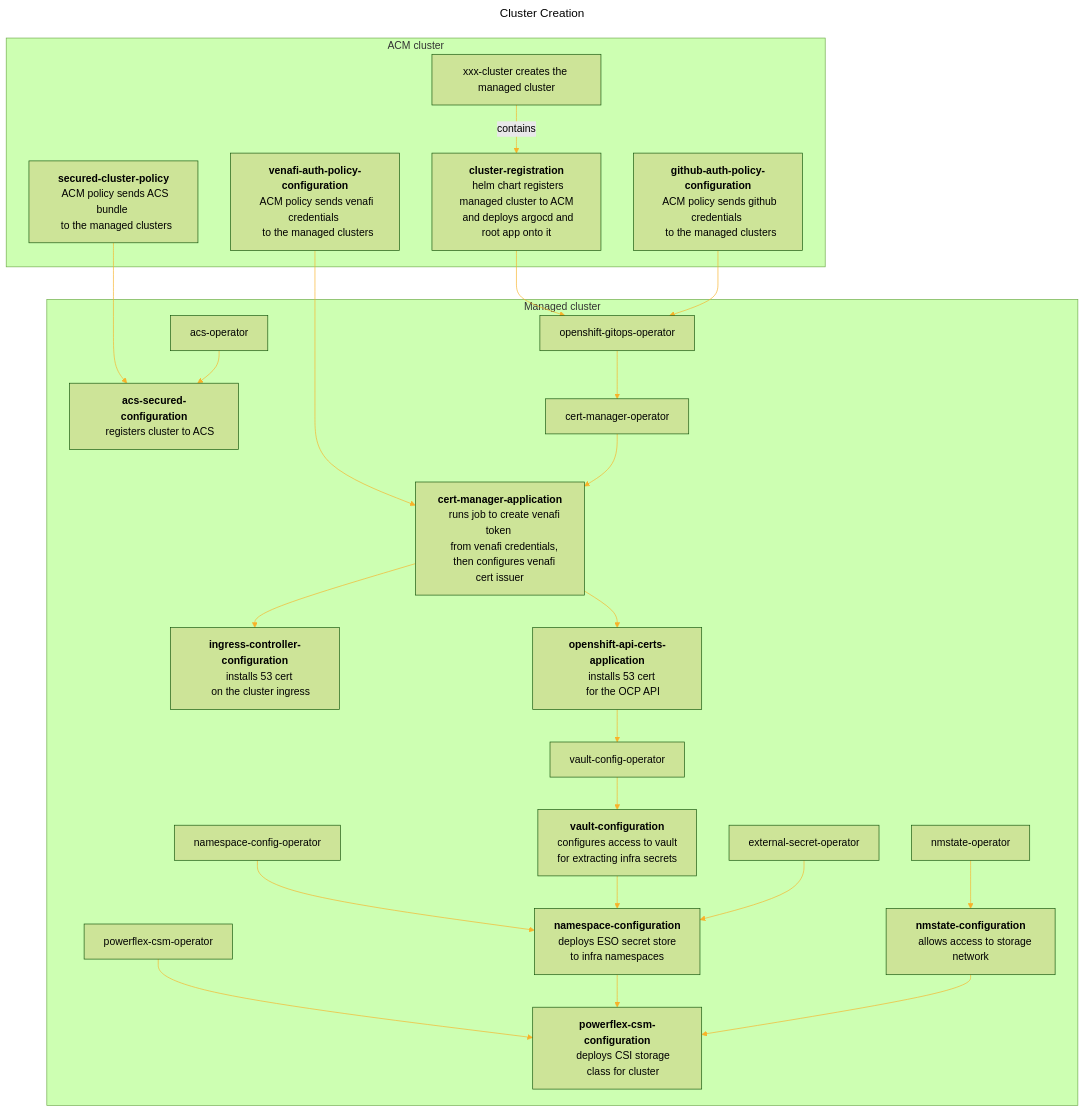
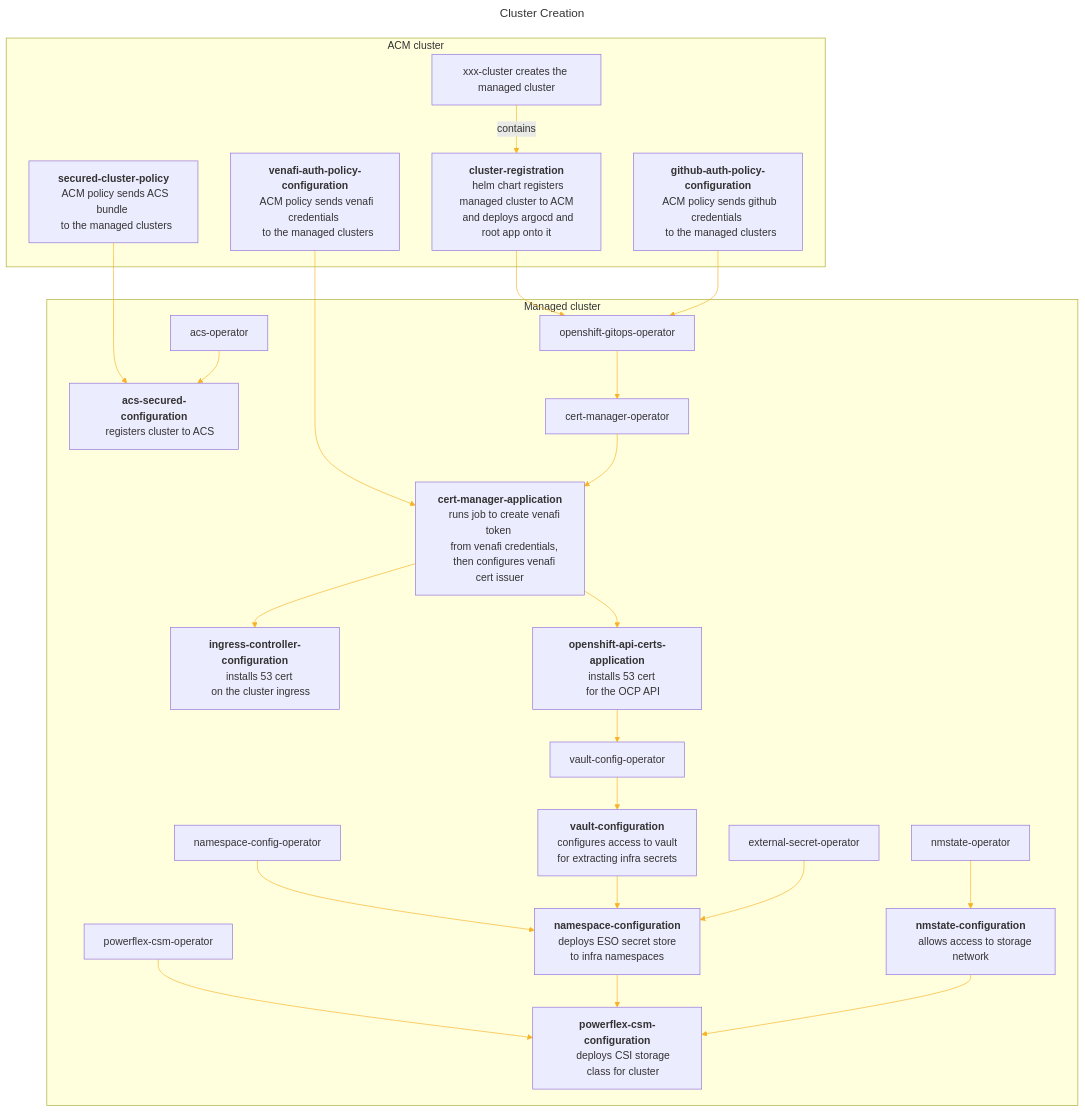
Before and after one commit to mmwillingham/acm: the diagram in test-mermaid/test-mermaid.build.md, drawn with Mermaid.

````diff
--- a/test-mermaid/test-mermaid.build.md
+++ b/test-mermaid/test-mermaid.build.md
@@ -2,68 +2,68 @@
 ```mermaid
 ---
 title: Cluster Creation
 ---
 %%{
   init: {
-    'theme': 'forest',
+    'theme': 'default',
     'themeVariables': {
       'primaryColor': '#BB2528',
       'primaryTextColor': '#fff',
       'primaryBorderColor': '#7C0000',
       'lineColor': '#F8B229',
       'secondaryColor': '#006100',
       'tertiaryColor': '#fff'
     }
   }
 }%%
 flowchart TD
 venafi-auth-policy-configuration --> cert-manager-application
 cluster-registration --> openshift-gitops-operator
 github-auth-policy-configuration --> openshift-gitops-operator
 secured-cluster-policy --> acs-secured-configuration
 subgraph ACM cluster
 xxx-cluster["xxx-cluster creates the managed cluster"] -- contains --> cluster-registration["<b>cluster-registration</b>
   helm chart registers managed cluster to ACM
   and deploys argocd and root app onto it"]
 venafi-auth-policy-configuration["<b>venafi-auth-policy-configuration</b>
   ACM policy sends venafi credentials 
   to the managed clusters"]
 github-auth-policy-configuration["<b>github-auth-policy-configuration</b>
   ACM policy sends github credentials 
   to the managed clusters"]
 secured-cluster-policy["<b>secured-cluster-policy</b>
   ACM policy sends ACS bundle 
   to the managed clusters"]
 end
 subgraph Managed cluster
 openshift-gitops-operator --> cert-manager-operator
 cert-manager-operator --> cert-manager-application["<b>cert-manager-application</b>
     runs job to create venafi token 
     from venafi credentials, 
     then configures venafi cert issuer"]
 cert-manager-application --> ingress-controller-configuration["<b>ingress-controller-configuration</b>
     installs 53 cert 
     on the cluster ingress"]
 cert-manager-application --> openshift-api-certs-application["<b>openshift-api-certs-application</b>
     installs 53 cert 
     for the OCP API"]    
 openshift-api-certs-application --> vault-config-operator
 vault-config-operator --> vault-configuration["<b>vault-configuration</b>
     configures access to vault 
     for extracting infra secrets"]
 nmstate-operator --> nmstate-configuration["<b>nmstate-configuration</b>
     allows access to storage network"]
 namespace-config-operator --> namespace-configuration["<b>namespace-configuration</b>
     deploys ESO secret store 
     to infra namespaces"]
 vault-configuration --> namespace-configuration
 external-secret-operator --> namespace-configuration
 powerflex-csm-operator --> powerflex-csm-configuration["<b>powerflex-csm-configuration</b>
     deploys CSI storage
     class for cluster"]
 namespace-configuration --> powerflex-csm-configuration
 nmstate-configuration --> powerflex-csm-configuration
 acs-operator --> acs-secured-configuration["<b>acs-secured-configuration</b>
     registers cluster to ACS"]    
 end
 ```
````
